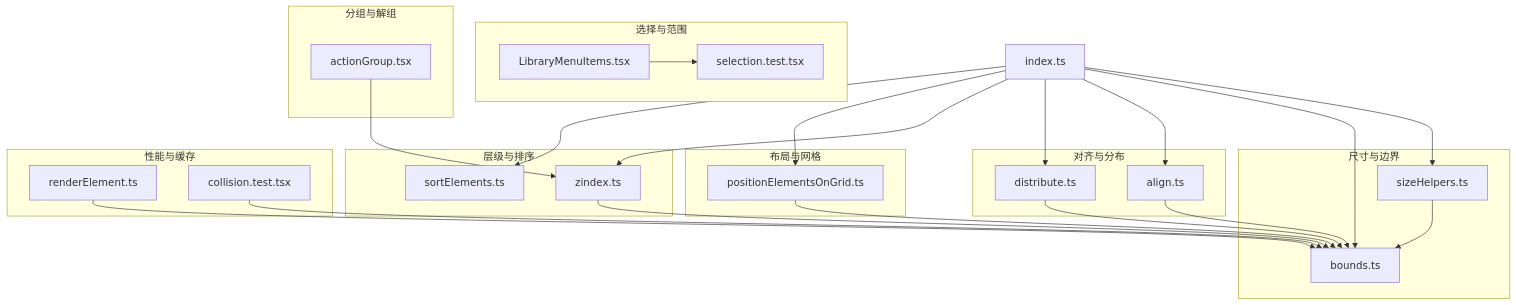
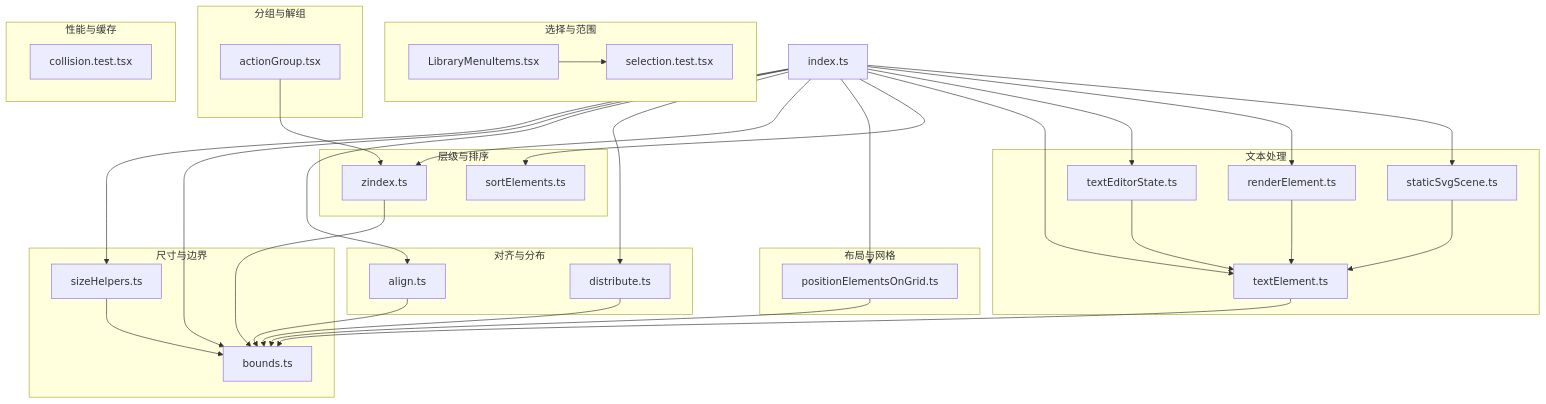
The first of 15 diagrams in .qoder/repowiki/zh/content/元素系统/元素工具函数.md (Az-qianchen/Excalidraw), drawn with Mermaid before and after one commit. The commit also changed other lines of this file and 14 other files, not shown here.

````diff
--- a/.qoder/repowiki/zh/content/元素系统/元素工具函数.md
+++ b/.qoder/repowiki/zh/content/元素系统/元素工具函数.md
@@ -55,46 +60,57 @@
 ```mermaid
 graph TB
 subgraph "尺寸与边界"
 SH["sizeHelpers.ts"]
 BD["bounds.ts"]
 end
 subgraph "对齐与分布"
 AL["align.ts"]
 DR["distribute.ts"]
 end
 subgraph "层级与排序"
 ZI["zindex.ts"]
 SO["sortElements.ts"]
 end
 subgraph "布局与网格"
 PG["positionElementsOnGrid.ts"]
 end
+subgraph "文本处理"
+TE["textElement.ts"]
+TES["textEditorState.ts"]
+RE["renderElement.ts"]
+SS["staticSvgScene.ts"]
+end
 subgraph "选择与范围"
 LM["LibraryMenuItems.tsx"]
 ST["selection.test.tsx"]
 end
 subgraph "分组与解组"
 AG["actionGroup.tsx"]
 end
 subgraph "性能与缓存"
-RE["renderElement.ts"]
 CT["collision.test.tsx"]
 end
 IN["index.ts"]
 SH --> BD
 AL --> BD
 DR --> BD
 ZI --> BD
 PG --> BD
+TE --> BD
+TES --> TE
+RE --> TE
+SS --> TE
 LM --> ST
 AG --> ZI
-RE --> BD
-CT --> BD
 IN --> SH
 IN --> BD
 IN --> AL
 IN --> DR
 IN --> ZI
 IN --> PG
 IN --> SO
+IN --> TE
+IN --> TES
+IN --> RE
+IN --> SS
 ```
````
